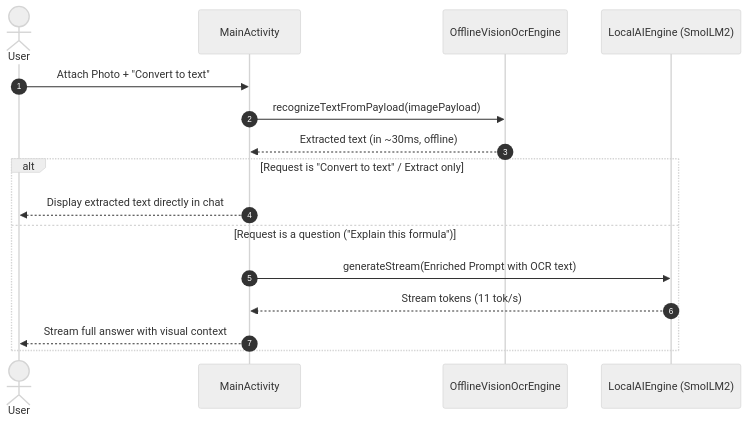
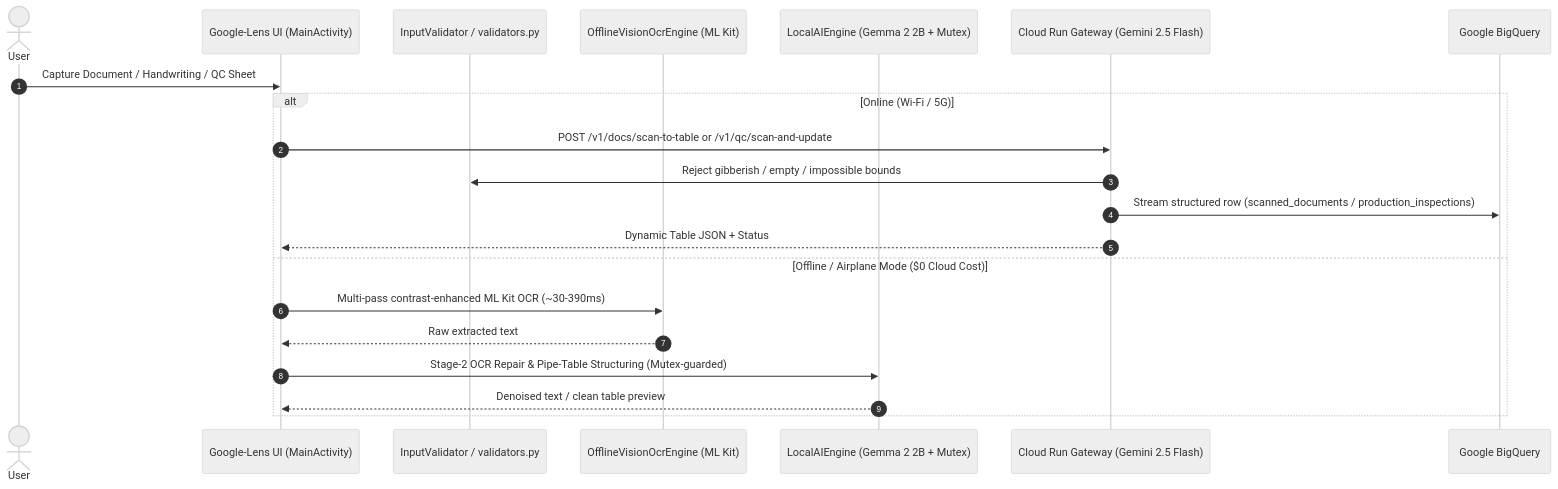
One commit to KalpitRathod/MobileAIFramework changed the third of 4 diagrams in ARCHITECTURE.md. Above: the diagram before and after it, drawn with Mermaid (neutral theme). The commit also changed other lines of this file and 55 other files, not shown here.

Commit message:
feat(buildathon): Edge-Cloud Hybrid Router, Google Cloud Run/BigQuery Control Plane, Gemma 2 2B & Google-Lens Document-to-Table UI

````diff
--- a/ARCHITECTURE.md
+++ b/ARCHITECTURE.md
@@ -114,19 +116,24 @@
 ```mermaid
 sequenceDiagram
     autonumber
     actor User
-    participant App as MainActivity
-    participant OCR as OfflineVisionOcrEngine
-    participant Engine as LocalAIEngine (SmolLM2)
+    participant Lens as Google-Lens UI (MainActivity)
+    participant Validator as InputValidator / validators.py
+    participant OCR as OfflineVisionOcrEngine (ML Kit)
+    participant Gemma as LocalAIEngine (Gemma 2 2B + Mutex)
+    participant Cloud as Cloud Run Gateway (Gemini 2.5 Flash)
+    participant BQ as Google BigQuery
 
-    User->>App: Attach Photo + "Convert to text"
-    App->>OCR: recognizeTextFromPayload(imagePayload)
-    OCR-->>App: Extracted text (in ~30ms, offline)
-    alt Request is "Convert to text" / Extract only
-        App-->>User: Display extracted text directly in chat
-    else Request is a question ("Explain this formula")
-        App->>Engine: generateStream(Enriched Prompt with OCR text)
-        Engine-->>App: Stream tokens (11 tok/s)
-        App-->>User: Stream full answer with visual context
+    User->>Lens: Capture Document / Handwriting / QC Sheet
+    alt Online (Wi-Fi / 5G)
+        Lens->>Cloud: POST /v1/docs/scan-to-table or /v1/qc/scan-and-update
+        Cloud->>Validator: Reject gibberish / empty / impossible bounds
+        Cloud->>BQ: Stream structured row (scanned_documents / production_inspections)
+        Cloud-->>Lens: Dynamic Table JSON + Status
+    else Offline / Airplane Mode ($0 Cloud Cost)
+        Lens->>OCR: Multi-pass contrast-enhanced ML Kit OCR (~30-390ms)
+        OCR-->>Lens: Raw extracted text
+        Lens->>Gemma: Stage-2 OCR Repair & Pipe-Table Structuring (Mutex-guarded)
+        Gemma-->>Lens: Denoised text / clean table preview
     end
 ```
````
